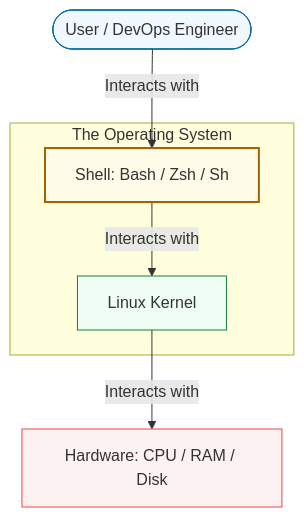
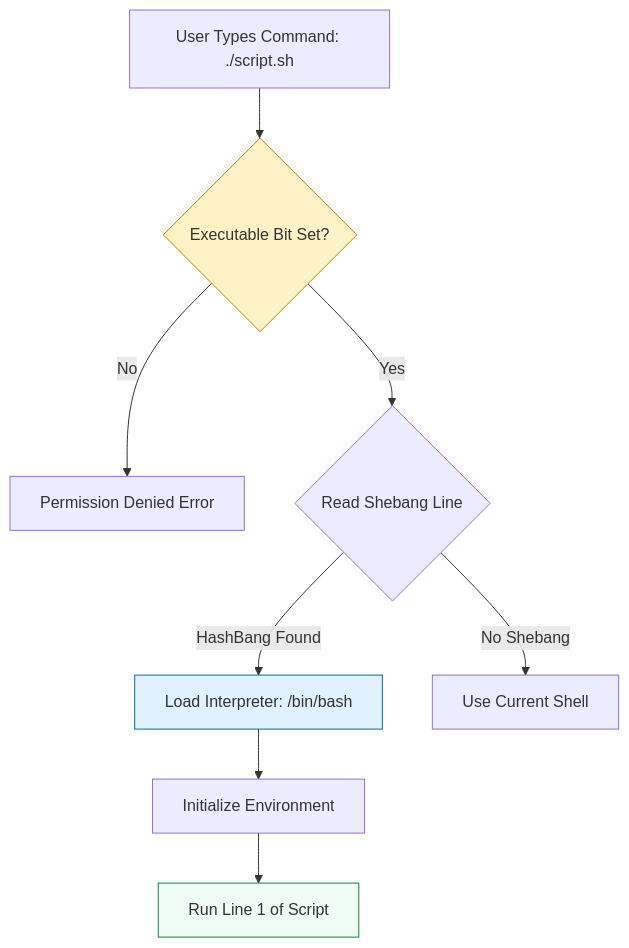
Before and after one commit to Ganil151/Devops: the diagram in 2-Intermediate/02-Phase-2/01-Infrastructure-Automation/01-Scripting-Automation/01-Shell-Scripting-Mastery/01-Fundamentals/01-Introduction/README.md, drawn with Mermaid. The commit also changed other lines of this file and 1176 other files, not shown here.

````diff
--- a/2-Intermediate/02-Phase-2/01-Infrastructure-Automation/01-Scripting-Automation/01-Shell-Scripting-Mastery/01-Fundamentals/01-Introduction/README.md
+++ b/2-Intermediate/02-Phase-2/01-Infrastructure-Automation/01-Scripting-Automation/01-Shell-Scripting-Mastery/01-Fundamentals/01-Introduction/README.md
@@ -24,16 +34,14 @@
 ```mermaid
 graph TD
-    User([User / DevOps Engineer]) -->|Interacts with| Shell[Shell: Bash / Zsh / Sh]
-    Shell -->|Interacts with| Kernel[Linux Kernel]
-    Kernel -->|Interacts with| Hardware[Hardware: CPU / RAM / Disk]
-
-    subgraph "The Operating System"
-        Shell
-        Kernel
-    end
-
-    style User fill:#f0f9ff,stroke:#0369a1
-    style Shell fill:#fefce8,stroke:#a16207,stroke-width:2px
-    style Kernel fill:#f0fdf4,stroke:#15803d
-    style Hardware fill:#fdf2f2,stroke:#ef4444
+    A[User Types Command: ./script.sh] --> B{Executable Bit Set?}
+    B -- No --> C[Permission Denied Error]
+    B -- Yes --> D{Read Shebang Line}
+    D -- HashBang Found --> E[Load Interpreter: /bin/bash]
+    D -- No Shebang --> F[Use Current Shell]
+    E --> G[Initialize Environment]
+    G --> H[Run Line 1 of Script]
+    
+    style B fill:#fef3c7,stroke:#d97706
+    style E fill:#e0f2fe,stroke:#0369a1
+    style H fill:#f0fdf4,stroke:#15803d
 ```
````
